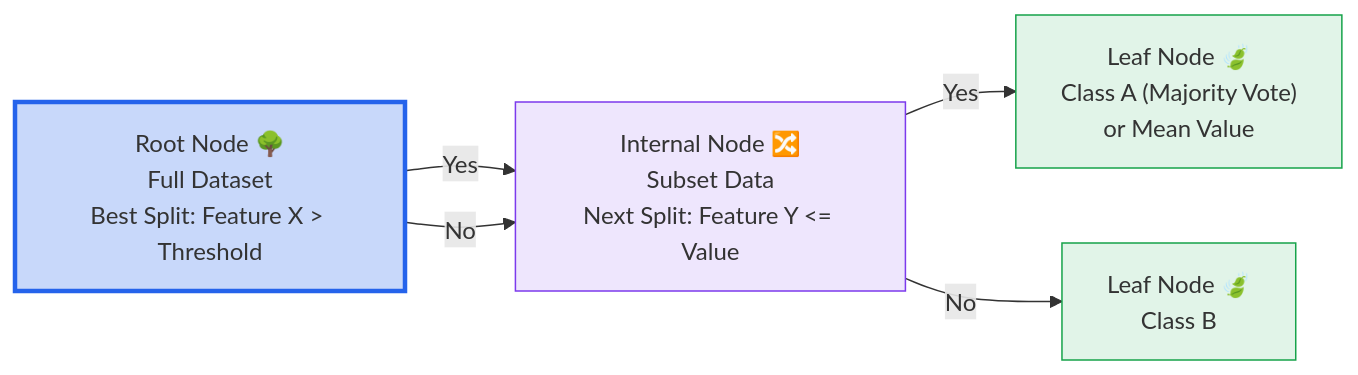
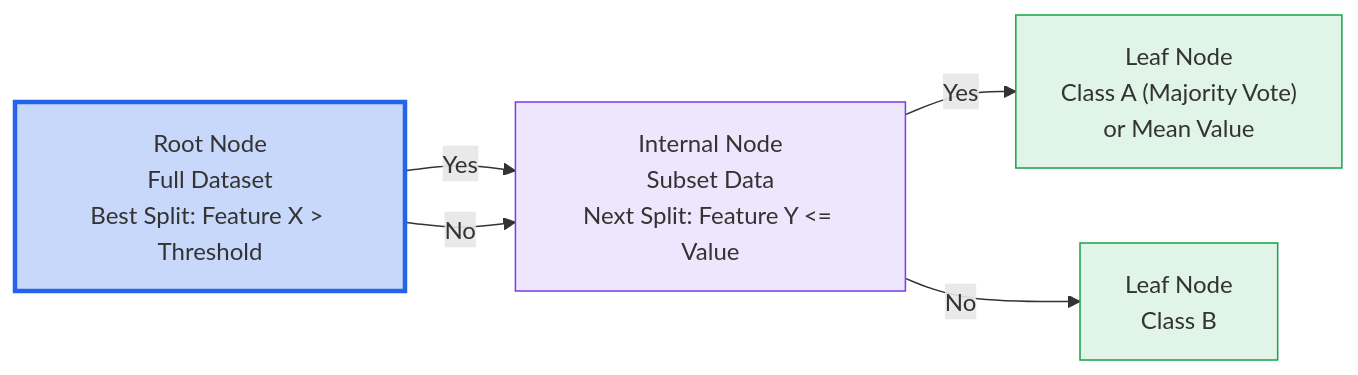
Before and after one commit to MadeInShineA/hei-course-summaries: the fourth of 8 diagrams in 301.1-ml/decision_trees_random_forests.md, drawn with Mermaid. The commit also changed other lines of this file, not shown here.

````diff
--- a/301.1-ml/decision_trees_random_forests.md
+++ b/301.1-ml/decision_trees_random_forests.md
@@ -138,12 +174,12 @@
 ```mermaid
 graph LR
-    ROOT["Root Node 🌳<br/>Full Dataset<br/>Best Split: Feature X > Threshold"] -->|"Yes"| INTERNAL1["Internal Node 🔀<br/>Subset Data<br/>Next Split: Feature Y <= Value"]
+    ROOT["Root Node<br/>Full Dataset<br/>Best Split: Feature X > Threshold"] -->|"Yes"| INTERNAL1["Internal Node<br/>Subset Data<br/>Next Split: Feature Y <= Value"]
     ROOT -->|"No"| INTERNAL1
-    INTERNAL1 -->|"Yes"| LEAF1["Leaf Node 🍃<br/>Class A (Majority Vote)<br/>or Mean Value"]
-    INTERNAL1 -->|"No"| LEAF2["Leaf Node 🍃<br/>Class B"]
+    INTERNAL1 -->|"Yes"| LEAF1["Leaf Node<br/>Class A (Majority Vote)<br/>or Mean Value"]
+    INTERNAL1 -->|"No"| LEAF2["Leaf Node<br/>Class B"]
     
     style ROOT fill:#2563eb40,stroke:#2563eb,stroke-width:3px
     style INTERNAL1 fill:#7c3aed20,stroke:#7c3aed
     style LEAF1 fill:#16a34a20,stroke:#16a34a
     style LEAF2 fill:#16a34a20,stroke:#16a34a
 ```
````
